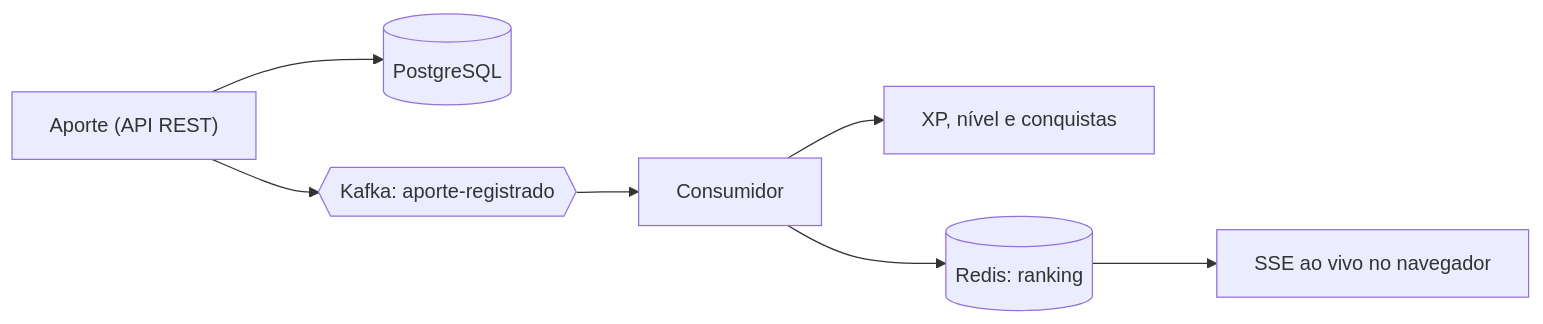
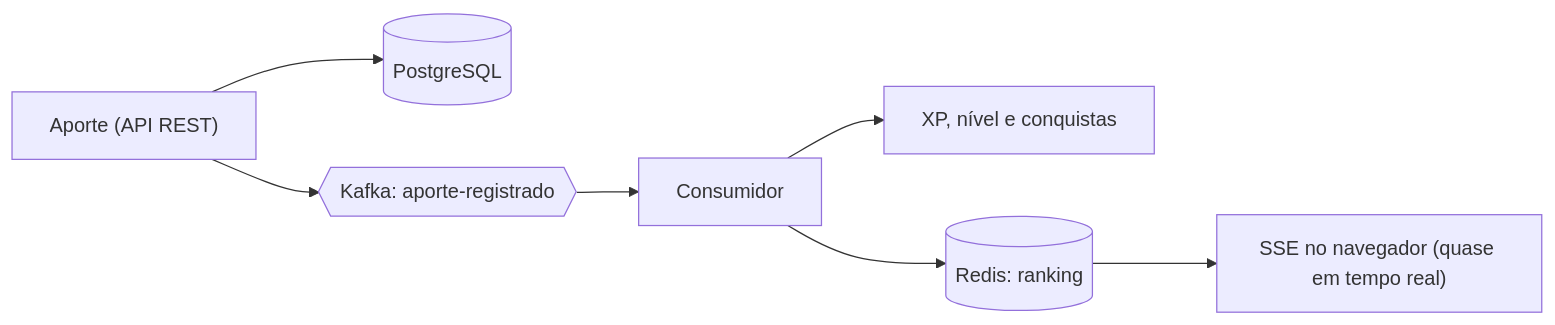
Before and after one commit to EnzoAnthony006/EnzoAnthony006: the diagram in README.md, drawn with Mermaid. The commit also changed other lines of this file, not shown here.

````diff
--- a/README.md
+++ b/README.md
@@ -24,9 +24,9 @@
 ```mermaid
 flowchart LR
     A["Aporte (API REST)"] --> B[("PostgreSQL")]
     A --> C{{"Kafka: aporte-registrado"}}
     C --> D["Consumidor"]
     D --> E["XP, nível e conquistas"]
     D --> F[("Redis: ranking")]
-    F --> G["SSE ao vivo no navegador"]
+    F --> G["SSE no navegador (quase em tempo real)"]
 ```
````
